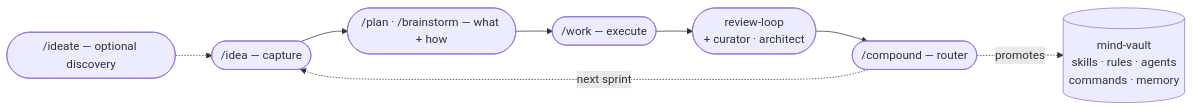
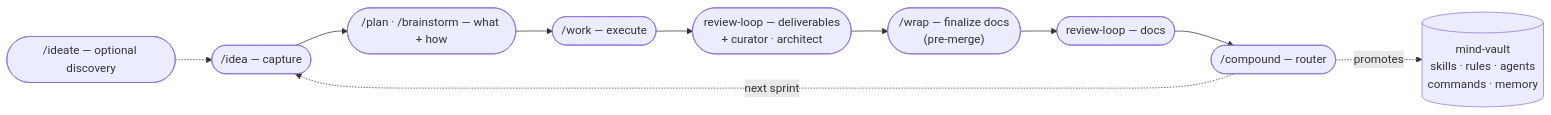
The diagram in docs/guides/SPRINT_WORKFLOW.md (infohata/mind-vault), drawn with Mermaid before and after one commit. The commit also changed other lines of this file and 5 other files, not shown here.

First line of the commit message:
docs(idea): IDEA-013 — promote two-pass review/wrap to canonical in headline docs

````diff
--- a/docs/guides/SPRINT_WORKFLOW.md
+++ b/docs/guides/SPRINT_WORKFLOW.md
@@ -5,10 +5,12 @@
 ```mermaid
 flowchart LR
     I0(["/ideate — optional discovery"]) -.-> I1
     I1(["/idea — capture"]) --> P
     P(["/plan · /brainstorm — what + how"]) --> W
-    W(["/work — execute"]) --> R
-    R(["review-loop\n+ curator · architect"]) --> C
+    W(["/work — execute"]) --> RD
+    RD(["review-loop — deliverables\n+ curator · architect"]) --> WR
+    WR(["/wrap — finalize docs\n(pre-merge)"]) --> RR
+    RR(["review-loop — docs"]) --> C
     C(["/compound — router"]) -.promotes.-> V[("mind-vault\nskills · rules · agents\ncommands · memory")]
     C -.next sprint.-> I1
 ```
````
